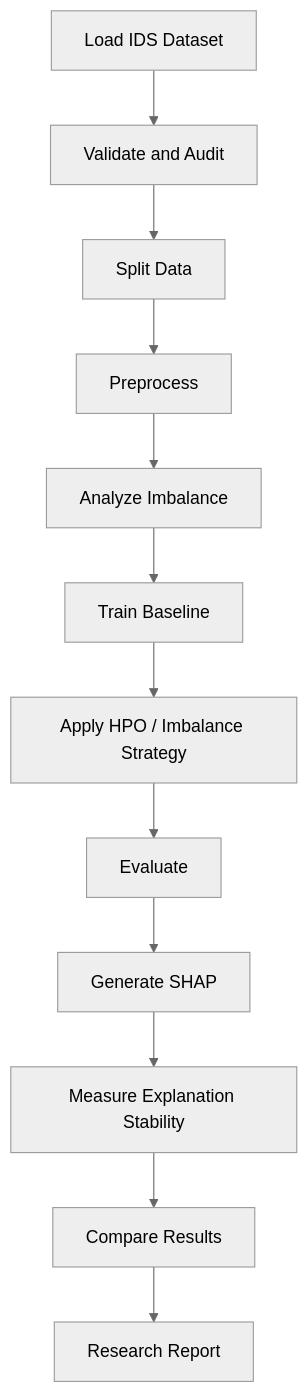
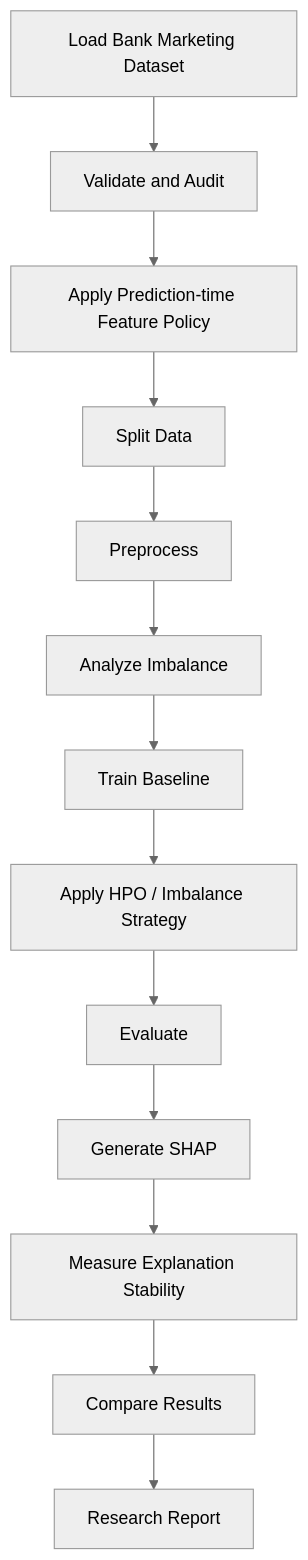
The second of 3 diagrams in docs/SEPM/07_UML_Diagrams.md (harshkhamkar26/Hyperparameter-Optimization-XAI), drawn with Mermaid (neutral theme) before and after one commit. The commit also changed other lines of this file, not shown here.

Commit message:
Update UML diagrams to Bank Marketing

````diff
--- a/docs/SEPM/07_UML_Diagrams.md
+++ b/docs/SEPM/07_UML_Diagrams.md
@@ -24,14 +25,15 @@
 ```mermaid
 flowchart TD
-A[Load IDS Dataset] --> B[Validate and Audit]
-B --> C[Split Data]
-C --> D[Preprocess]
-D --> E[Analyze Imbalance]
-E --> F[Train Baseline]
-F --> G[Apply HPO / Imbalance Strategy]
-G --> H[Evaluate]
-H --> I[Generate SHAP]
-I --> J[Measure Explanation Stability]
-J --> K[Compare Results]
-K --> L[Research Report]
+A[Load Bank Marketing Dataset] --> B[Validate and Audit]
+B --> C[Apply Prediction-time Feature Policy]
+C --> D[Split Data]
+D --> E[Preprocess]
+E --> F[Analyze Imbalance]
+F --> G[Train Baseline]
+G --> H[Apply HPO / Imbalance Strategy]
+H --> I[Evaluate]
+I --> J[Generate SHAP]
+J --> K[Measure Explanation Stability]
+K --> L[Compare Results]
+L --> M[Research Report]
 ```
````
